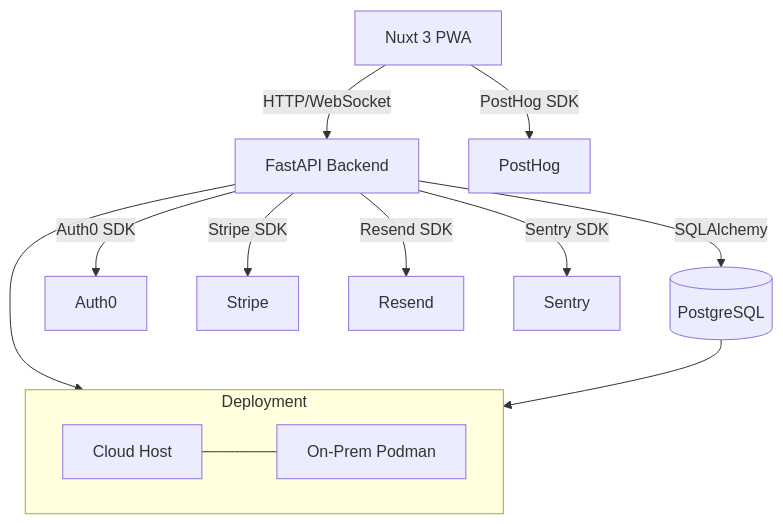
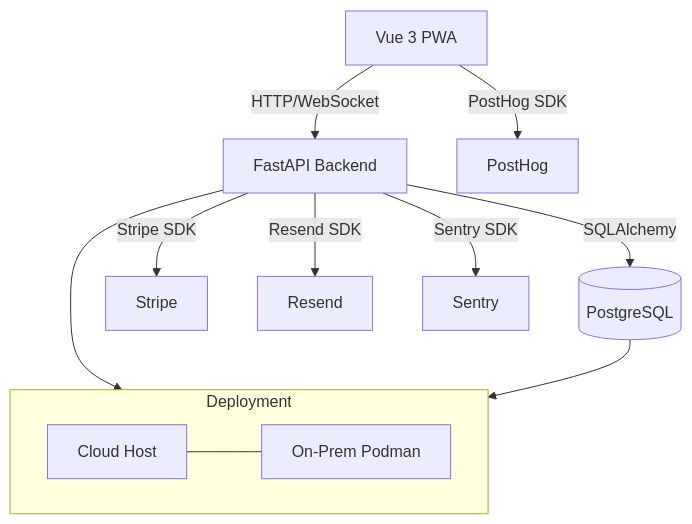
One commit to Salafite/Nova changed the diagram in docs/prd.md. Above: the diagram before and after it, drawn with Mermaid. The commit also changed other lines of this file and 215 other files, not shown here.

Commit message:
feat: MCP architecture, AI assistant, brand assets, design system, and cleanup

````diff
--- a/docs/prd.md
+++ b/docs/prd.md
@@ -34,18 +34,17 @@
 ```mermaid
 graph TB
-    Client[Nuxt 3 PWA] -->|HTTP/WebSocket| API[FastAPI Backend]
+    Client[Vue 3 PWA] -->|HTTP/WebSocket| API[FastAPI Backend]
     API -->|SQLAlchemy| DB[(PostgreSQL)]
-    API -->|Auth0 SDK| Auth[Auth0]
     API -->|Stripe SDK| Payments[Stripe]
     Client -->|PostHog SDK| Analytics[PostHog]
     API -->|Resend SDK| Email[Resend]
     API -->|Sentry SDK| Errors[Sentry]
 
     subgraph Deployment
         direction LR
         Cloud[Cloud Host] --- OnPrem[On-Prem Podman]
     end
 
     API --> Deployment
     DB --> Deployment
 ```
````
